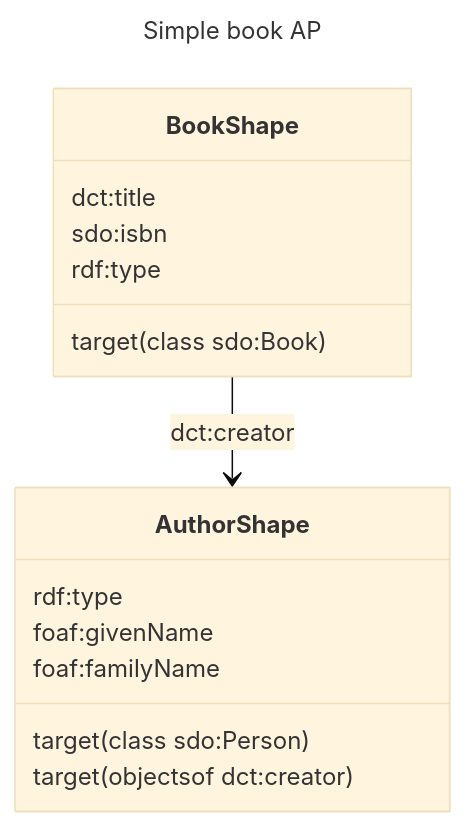
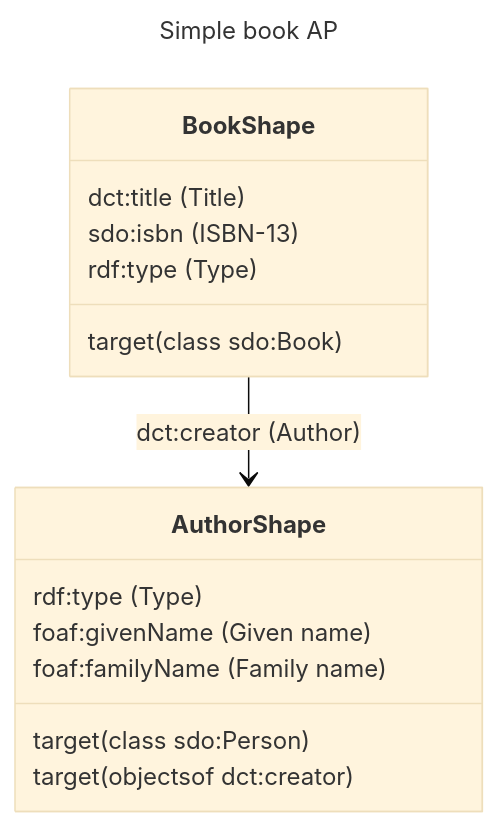
Before and after one commit to philbarker/TAP2Diag: the diagram in tests/TestData/tap.md, drawn with Mermaid (base theme).

Commit message:
updating test output

````diff
--- a/tests/TestData/tap.md
+++ b/tests/TestData/tap.md
@@ -3,23 +3,23 @@
 ```mermaid
 ---
 url: https://docs.google.com/spreadsheets/d/1Vr_x1ckpxG0v8oq7FGB2Qea8G3ESPFvUWK89H0wJH9w/edit#gid=424305041
 title: Simple book AP
 description: Simple DC TAP for books
 author: Phil Barker
 date: 2022-01-14
 lang: en
 ---
 classDiagram
 	class BookShape
 	BookShape : target(class sdo#58;Book)
 	class AuthorShape
 	AuthorShape : target(class sdo#58;Person)
 	AuthorShape : target(objectsof dct#58;creator)
-	BookShape : dct#58;title
-	BookShape --> AuthorShape : dct#58;creator
-	BookShape : sdo#58;isbn
-	BookShape : rdf#58;type
-	AuthorShape : rdf#58;type
-	AuthorShape : foaf#58;givenName
-	AuthorShape : foaf#58;familyName
+	BookShape : dct#58;title #40;Title#41;
+	BookShape --> AuthorShape : dct#58;creator #40;Author#41;
+	BookShape : sdo#58;isbn #40;ISBN-13#41;
+	BookShape : rdf#58;type #40;Type#41;
+	AuthorShape : rdf#58;type #40;Type#41;
+	AuthorShape : foaf#58;givenName #40;Given name#41;
+	AuthorShape : foaf#58;familyName #40;Family name#41;
 ```
````
